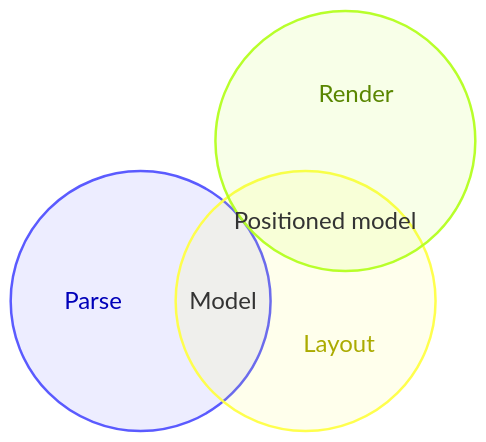
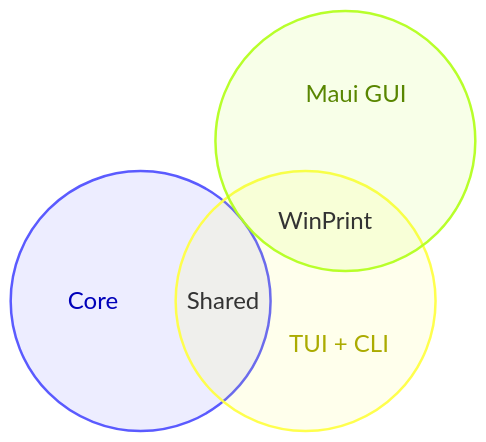
Before and after one commit to nullean/mermaider: diagram 13 of 26 in tests/Mermaider.Tests/Fixtures/mermaid.md, drawn with Mermaid. The commit also changed other lines of this file, not shown here.

Commit message:
Reword mermaid.md fixture prose for Mermaider; keep all diagram content intact

````diff
--- a/tests/Mermaider.Tests/Fixtures/mermaid.md
+++ b/tests/Mermaider.Tests/Fixtures/mermaid.md
@@ -185,8 +188,8 @@
 ```mermaid
 venn-beta
-    set A["Parse"]
-    set B["Layout"]
-    set C["Render"]
-    union A,B["Model"]
-    union B,C["Positioned model"]
+    set Core["Core"]
+    set TUI["TUI + CLI"]
+    set GUI["Maui GUI"]
+    union Core,TUI["Shared"]
+    union TUI,GUI["WinPrint"]
 ```
````
